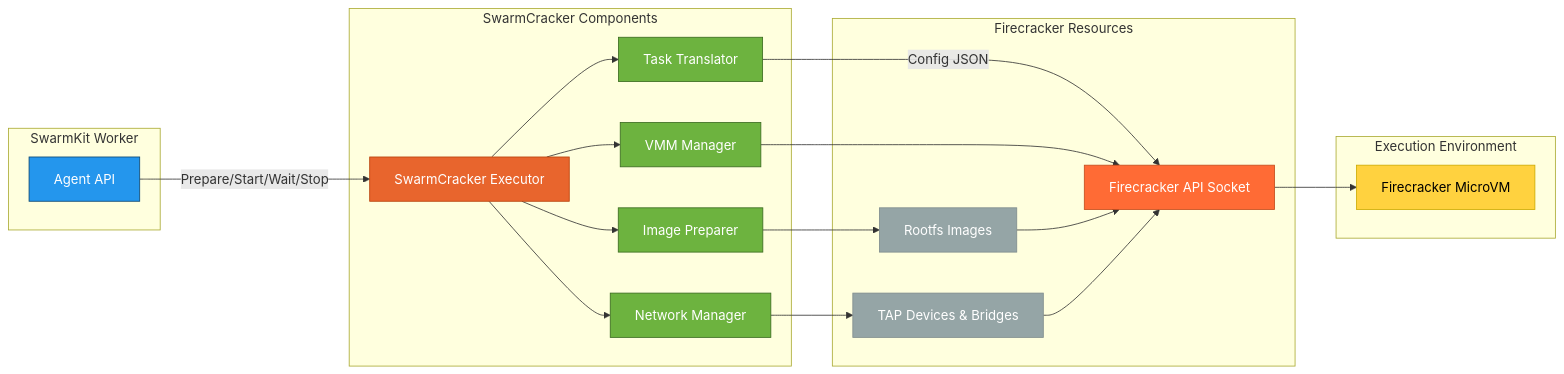
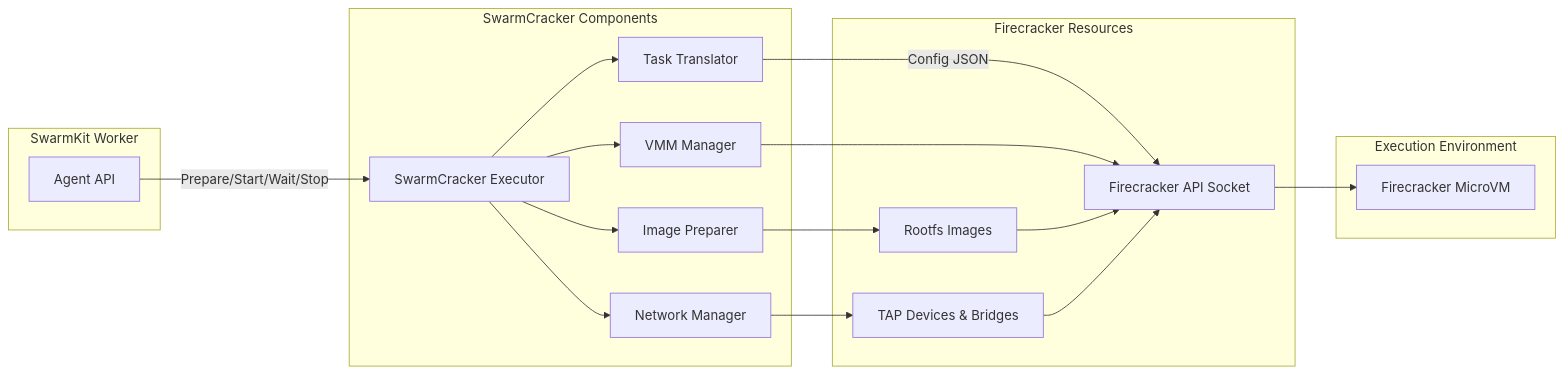
One commit to restuhaqza/SwarmCracker changed the second of 5 diagrams in docs/ARCHITECTURE.md. Above: the diagram before and after it, drawn with Mermaid. The commit also changed other lines of this file, not shown here.

First line of the commit message:
docs: remove custom styling from Mermaid diagrams

````diff
--- a/docs/ARCHITECTURE.md
+++ b/docs/ARCHITECTURE.md
@@ -54,48 +45,38 @@
 ```mermaid
 graph LR
     subgraph "SwarmKit Worker"
         A[Agent API]
     end
 
     subgraph "SwarmCracker Components"
         B[SwarmCracker Executor]
         C[Task Translator]
         D[Image Preparer]
         E[Network Manager]
         F[VMM Manager]
     end
 
     subgraph "Firecracker Resources"
         G[Rootfs Images]
         H[TAP Devices & Bridges]
         I[Firecracker API Socket]
     end
 
     subgraph "Execution Environment"
         J[Firecracker MicroVM]
     end
 
     A -->|Prepare/Start/Wait/Stop| B
     B --> C
     B --> D
     B --> E
     B --> F
     C -->|Config JSON| I
     D --> G
     E --> H
     F --> I
     G --> I
     H --> I
     I --> J
 
-    style A fill:#2496ED,stroke:#0D4771,color:#fff
-    style B fill:#E8652D,stroke:#B8400A,color:#fff
-    style C fill:#6DB33F,stroke:#3A6A1F,color:#fff
-    style D fill:#6DB33F,stroke:#3A6A1F,color:#fff
-    style E fill:#6DB33F,stroke:#3A6A1F,color:#fff
-    style F fill:#6DB33F,stroke:#3A6A1F,color:#fff
-    style G fill:#95A5A6,stroke:#7F8C8D,color:#fff
-    style H fill:#95A5A6,stroke:#7F8C8D,color:#fff
-    style I fill:#FF6B35,stroke:#C44D1D,color:#fff
-    style J fill:#FFD23F,stroke:#CCAA00,color:#000
 ```
````
